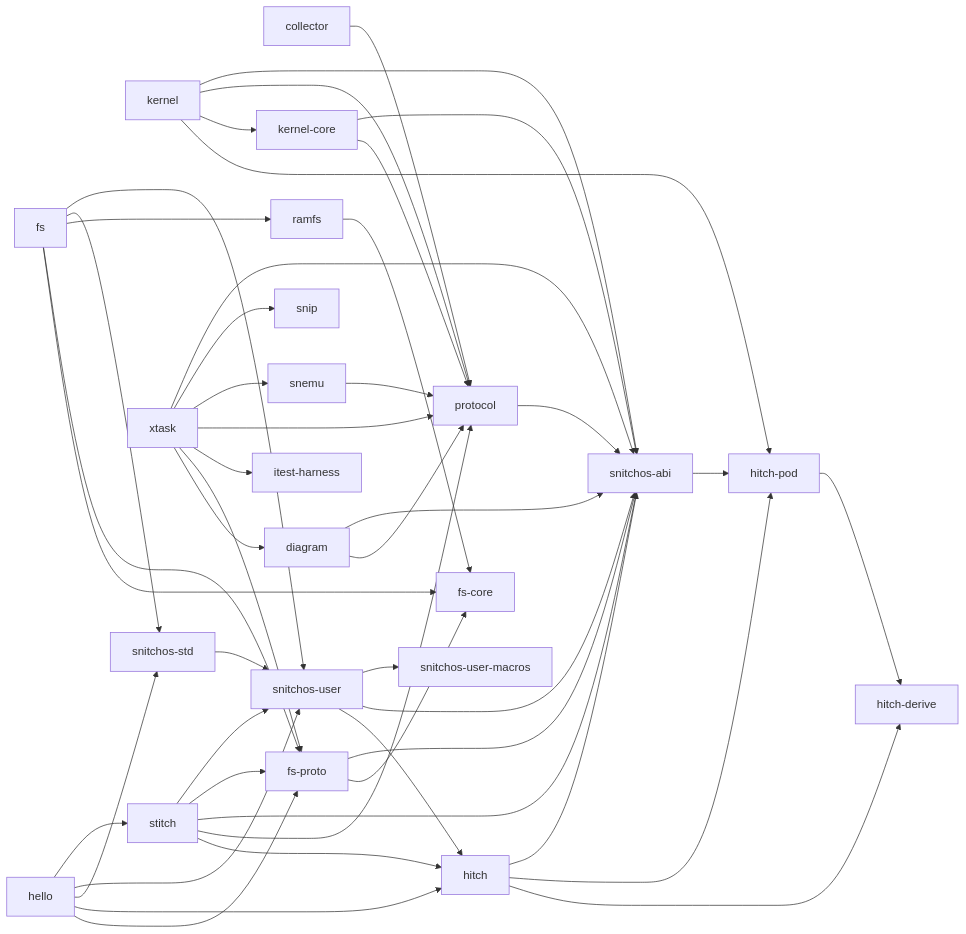
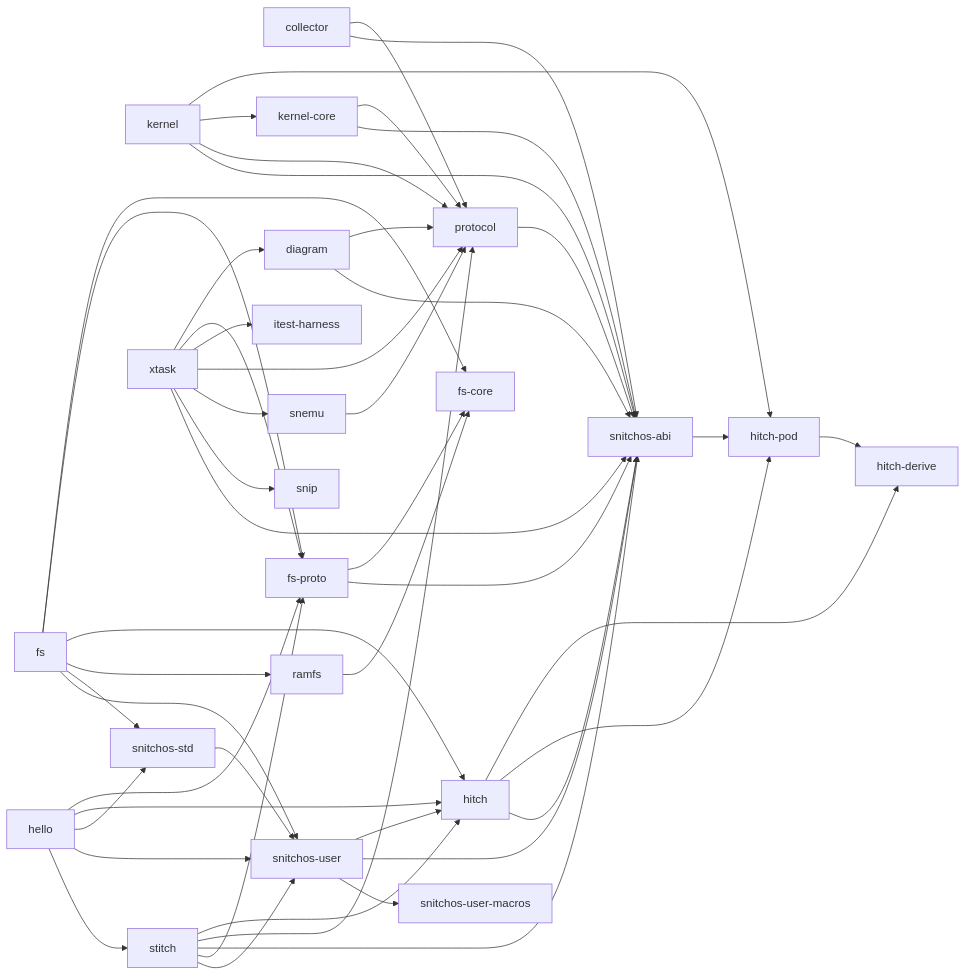
The diagram in docs/generated/deps.md (chloebrett/snitchos), drawn with Mermaid before and after one commit. The commit also changed 9 other files, not shown here.

````diff
--- a/docs/generated/deps.md
+++ b/docs/generated/deps.md
@@ -5,70 +5,72 @@
 ```mermaid
 graph LR
     collector["collector"]
     diagram["diagram"]
     fs["fs"]
     fs_core["fs-core"]
     fs_proto["fs-proto"]
     hello["hello"]
     hitch["hitch"]
     hitch_derive["hitch-derive"]
     hitch_pod["hitch-pod"]
     itest_harness["itest-harness"]
     kernel["kernel"]
     kernel_core["kernel-core"]
     protocol["protocol"]
     ramfs["ramfs"]
     snemu["snemu"]
     snip["snip"]
     snitchos_abi["snitchos-abi"]
     snitchos_std["snitchos-std"]
     snitchos_user["snitchos-user"]
     snitchos_user_macros["snitchos-user-macros"]
     stitch["stitch"]
     xtask["xtask"]
     collector --> protocol
+    collector --> snitchos_abi
     diagram --> protocol
     diagram --> snitchos_abi
     fs --> fs_core
     fs --> fs_proto
+    fs --> hitch
     fs --> ramfs
     fs --> snitchos_std
     fs --> snitchos_user
     fs_proto --> fs_core
     fs_proto --> snitchos_abi
     hello --> fs_proto
     hello --> hitch
     hello --> snitchos_std
     hello --> snitchos_user
     hello --> stitch
     hitch --> hitch_derive
     hitch --> hitch_pod
     hitch --> snitchos_abi
     hitch_pod --> hitch_derive
     kernel --> hitch_pod
     kernel --> kernel_core
     kernel --> protocol
     kernel --> snitchos_abi
     kernel_core --> protocol
     kernel_core --> snitchos_abi
     protocol --> snitchos_abi
     ramfs --> fs_core
     snemu --> protocol
     snitchos_abi --> hitch_pod
     snitchos_std --> snitchos_user
     snitchos_user --> hitch
     snitchos_user --> snitchos_abi
     snitchos_user --> snitchos_user_macros
     stitch --> hitch
     stitch --> protocol
     stitch --> snitchos_abi
     stitch --> fs_proto
     stitch --> snitchos_user
     xtask --> diagram
     xtask --> fs_proto
     xtask --> itest_harness
     xtask --> protocol
     xtask --> snemu
     xtask --> snip
     xtask --> snitchos_abi
 ```
````
